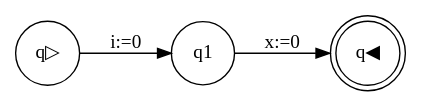
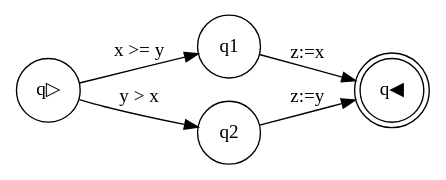
The diagram in graph.gv (neluchetraru/GCL), drawn with Graphviz before and after one commit. The commit also changed 2 other files, not shown here.

```diff
--- a/graph.gv
+++ b/graph.gv
@@ -1,7 +1,9 @@
 digraph program_graph {rankdir=LR;
 node [shape = circle]; q▷;
 node [shape = doublecircle]; q◀;
 node [shape = circle]
-q1 -> q◀ [label = "x:=0"];
-q▷ -> q1 [label = "i:=0"];
+q1 -> q◀ [label = "z:=x"];
+q2 -> q◀ [label = "z:=y"];
+q▷ -> q1 [label = "x >= y"];
+q▷ -> q2 [label = "y > x"];
 }
```
